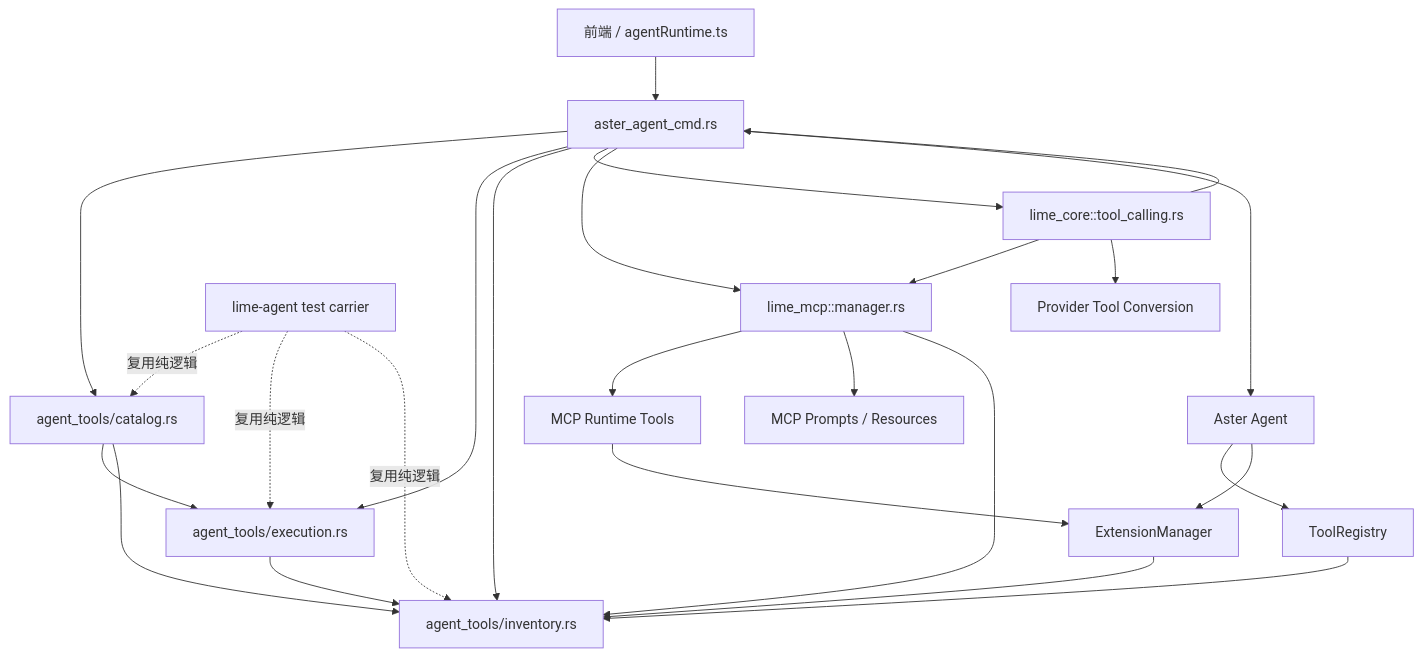
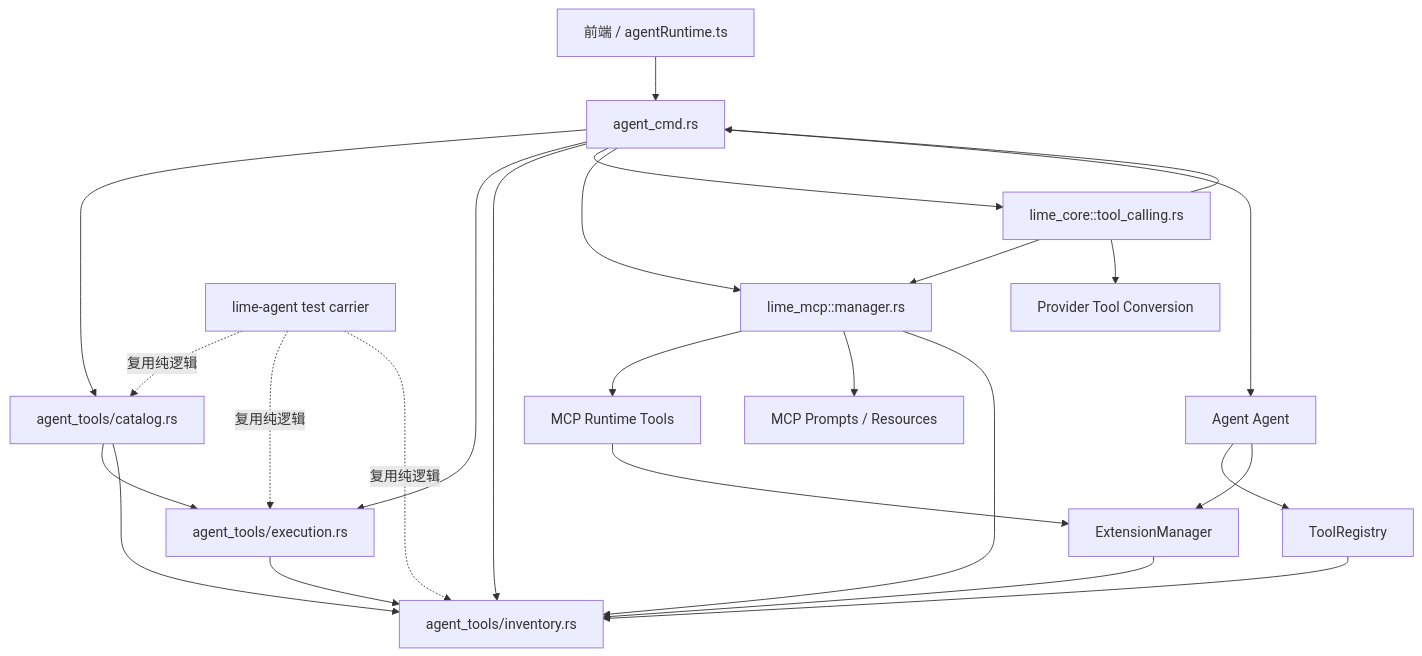
One commit to jiujuan/lime changed the first of 4 diagrams in internal/prd/tools/architecture.md. Above: the diagram before and after it, drawn with Mermaid. The commit also changed other lines of this file and 975 other files, not shown here.

````diff
--- a/internal/prd/tools/architecture.md
+++ b/internal/prd/tools/architecture.md
@@ -106,32 +106,32 @@
 ```mermaid
 graph TD
-    UI[前端 / agentRuntime.ts] --> CMD[aster_agent_cmd.rs]
+    UI[前端 / agentRuntime.ts] --> CMD[agent_cmd.rs]
 
     CMD --> CAT[agent_tools/catalog.rs]
     CMD --> EXEC[agent_tools/execution.rs]
     CMD --> INV[agent_tools/inventory.rs]
     CMD --> META[lime_core::tool_calling.rs]
     CMD --> MCP[lime_mcp::manager.rs]
-    CMD --> AGENT[Aster Agent]
+    CMD --> AGENT[Agent Agent]
     TEST[lime-agent test carrier] -. 复用纯逻辑 .-> CAT
     TEST -. 复用纯逻辑 .-> EXEC
     TEST -. 复用纯逻辑 .-> INV
 
     MCP --> MCPTOOLS[MCP Runtime Tools]
     MCP --> PROMPTS[MCP Prompts / Resources]
 
     AGENT --> REG[ToolRegistry]
     AGENT --> EXT[ExtensionManager]
 
     MCPTOOLS --> EXT
     META --> MCP
     META --> CMD
     META --> PROVIDERS[Provider Tool Conversion]
 
     CAT --> EXEC
     CAT --> INV
     EXEC --> INV
     REG --> INV
     EXT --> INV
     MCP --> INV
 ```
````
